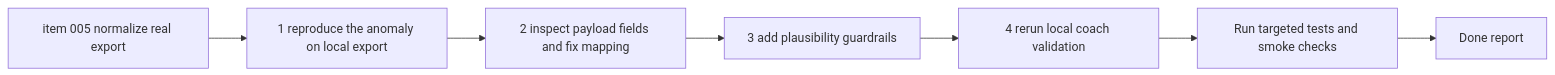
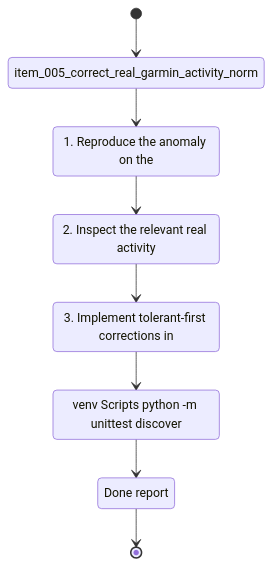
The diagram in logics/tasks/task_005_correct_real_garmin_activity_normalization_and_coaching_plausibility_on_local_exports.md (Jilanos/Coach_garmin), drawn with Mermaid before and after one commit. The commit also changed other lines of this file and 86 other files, not shown here.

Commit message:
Harden chart UX and UTF-8 handling

````diff
--- a/logics/tasks/task_005_correct_real_garmin_activity_normalization_and_coaching_plausibility_on_local_exports.md
+++ b/logics/tasks/task_005_correct_real_garmin_activity_normalization_and_coaching_plausibility_on_local_exports.md
@@ -20,11 +21,18 @@
 ```mermaid
 %% logics-kind: task
 %% logics-signature: task|correct-real-garmin-activity-normalizati|item-005-correct-real-garmin-activity-no|1-reproduce-the-anomaly-on-the|venv-scripts-python-m-unittest-discover
-flowchart LR
-    Backlog[item 005 normalize real export] --> Step1[1 reproduce the anomaly on local export]
-    Step1 --> Step2[2 inspect payload fields and fix mapping]
-    Step2 --> Step3[3 add plausibility guardrails]
-    Step3 --> Step4[4 rerun local coach validation]
-    Step4 --> Validation[Run targeted tests and smoke checks]
-    Validation --> Report[Done report]
+stateDiagram-v2
+    state "item_005_correct_real_garmin_activity_norm" as Backlog
+    state "1. Reproduce the anomaly on the" as Scope
+    state "2. Inspect the relevant real activity" as Build
+    state "3. Implement tolerant-first corrections in" as Verify
+    state "venv Scripts python -m unittest discover" as Validation
+    state "Done report" as Report
+    [*] --> Backlog
+    Backlog --> Scope
+    Scope --> Build
+    Build --> Verify
+    Verify --> Validation
+    Validation --> Report
+    Report --> [*]
 ```
````
